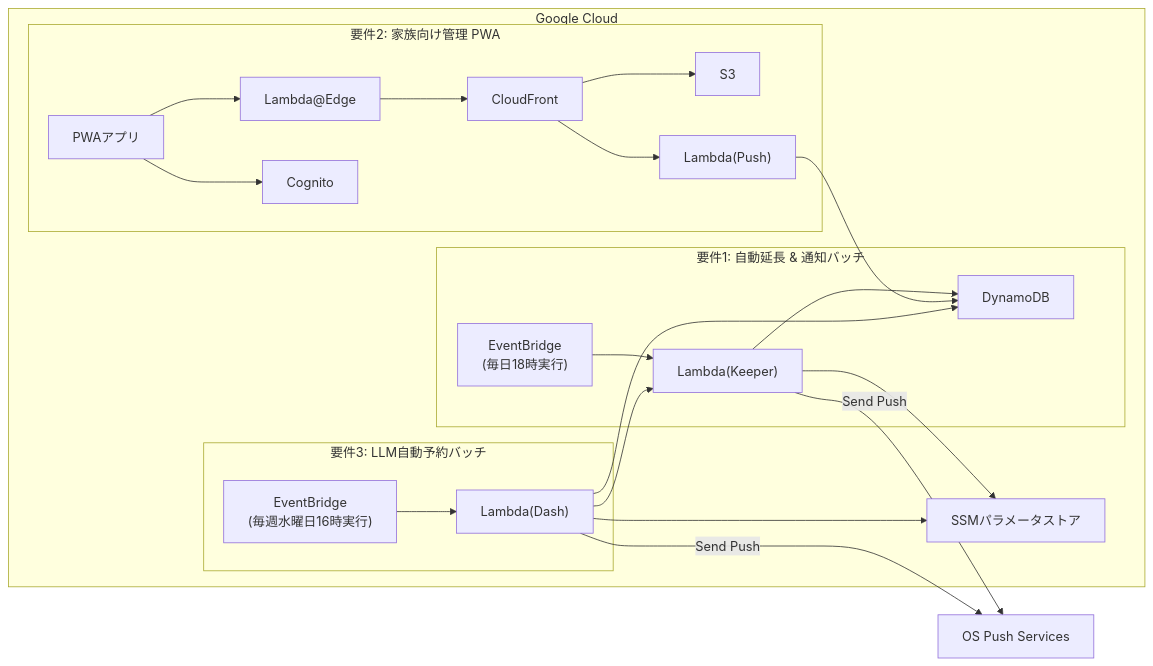
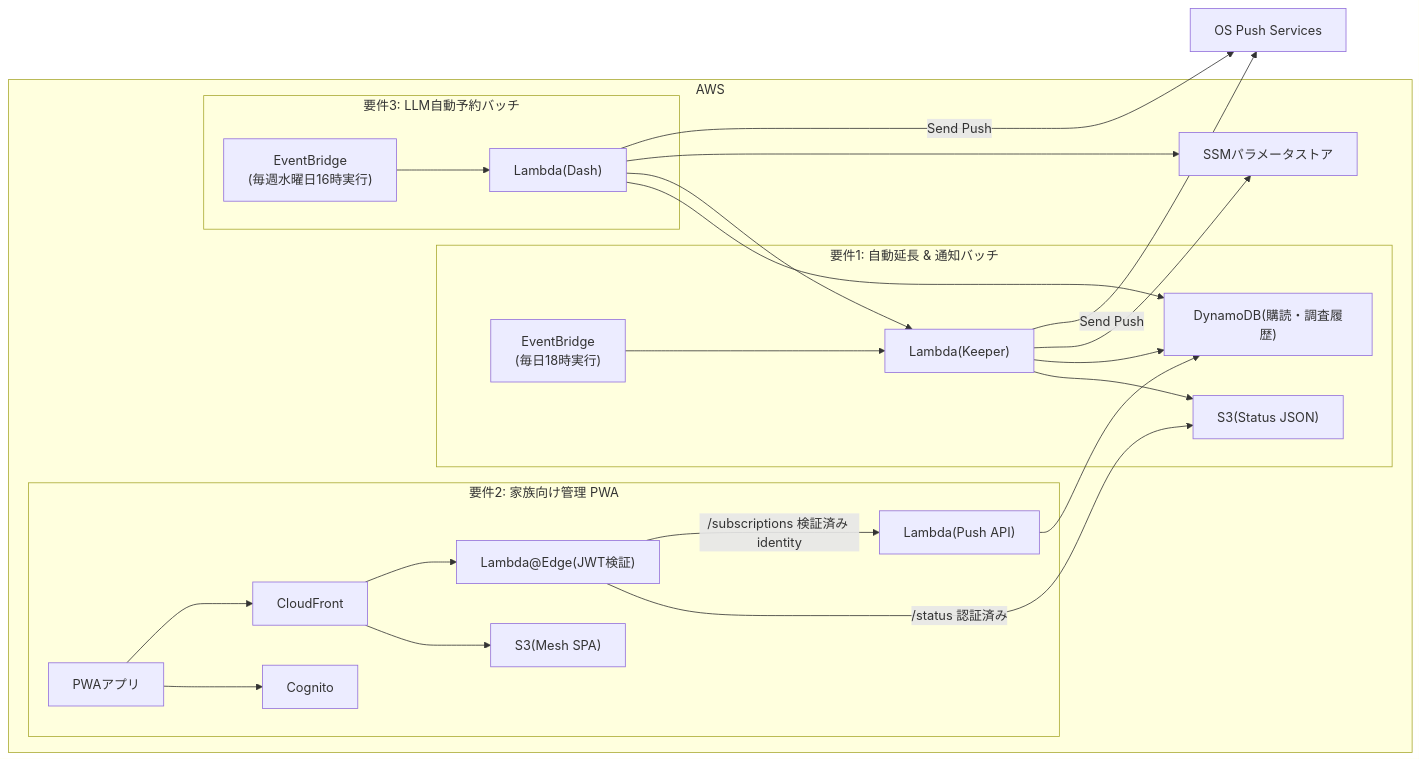
Before and after one commit to nimzo6689/higalibra: the diagram in AGENTS.md, drawn with Mermaid. The commit also changed other lines of this file and 15 other files, not shown here.

Commit message:
feat: Lambda@Edge にて push API と status へのリクエストに対して JWT 検証を実装

````diff
--- a/AGENTS.md
+++ b/AGENTS.md
@@ -23,46 +23,48 @@
 ```mermaid
 graph LR
     OSPush["OS Push Services"]
 
-    subgraph GCP ["Google Cloud"]
-        DynamoDB["DynamoDB(利用状況・調査履歴)"]
+    subgraph AWS ["AWS"]
+        DynamoDB["DynamoDB(購読・調査履歴)"]
+        StatusS3["S3(Status JSON)"]
+        MeshS3["S3(Mesh SPA)"]
+        Cognito["Cognito"]
+        CDN["CloudFront"]
+        EDGE["Lambda@Edge(JWT検証)"]
+        Push["Lambda(Push API)"]
 
         subgraph Req1 ["要件1: 自動延長 & 通知バッチ"]
             Scheduler1["EventBridge<br/>(毎日18時実行)"]
             Job1["Lambda(Keeper)"]
             Scheduler1 --> Job1
+            Job1 --> StatusS3
             Job1 --> DynamoDB
         end
 
         subgraph Req2 ["要件2: 家族向け管理 PWA"]
             Front["PWAアプリ"]
-            EDGE["Lambda@Edge"]
-            CDN["CloudFront"]
-            Cognito["Cognito"]
-            S3["S3"]
-            Lambda["Lambda(Push)"]
-            DynamoDB["DynamoDB"]
-            Front --> EDGE
-            EDGE --> CDN
             Front --> Cognito
-            CDN --> S3
-            CDN --> Lambda
-            Lambda --> DynamoDB
+            Front --> CDN
+            CDN --> MeshS3
+            CDN --> EDGE
+            EDGE -->|/status 認証済み| StatusS3
+            EDGE -->|/subscriptions 検証済み identity| Push
+            Push --> DynamoDB
         end
 
         subgraph Req3 ["要件3: LLM自動予約バッチ"]
             Scheduler2["EventBridge<br/>(毎週水曜日16時実行)"]
             Job2["Lambda(Dash)"]
             Scheduler2 --> Job2
             Job2 --> DynamoDB
             Job2 --> Job1
         end
 
         ParameterStore["SSMパラメータストア"]
         Job1 --> ParameterStore
         Job2 --> ParameterStore
     end
 
     Job1 -- "Send Push" --> OSPush
     Job2 -- "Send Push" --> OSPush
 ```
````
